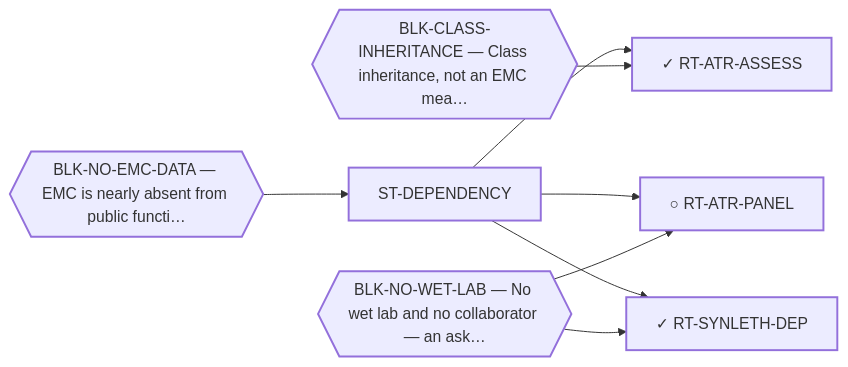
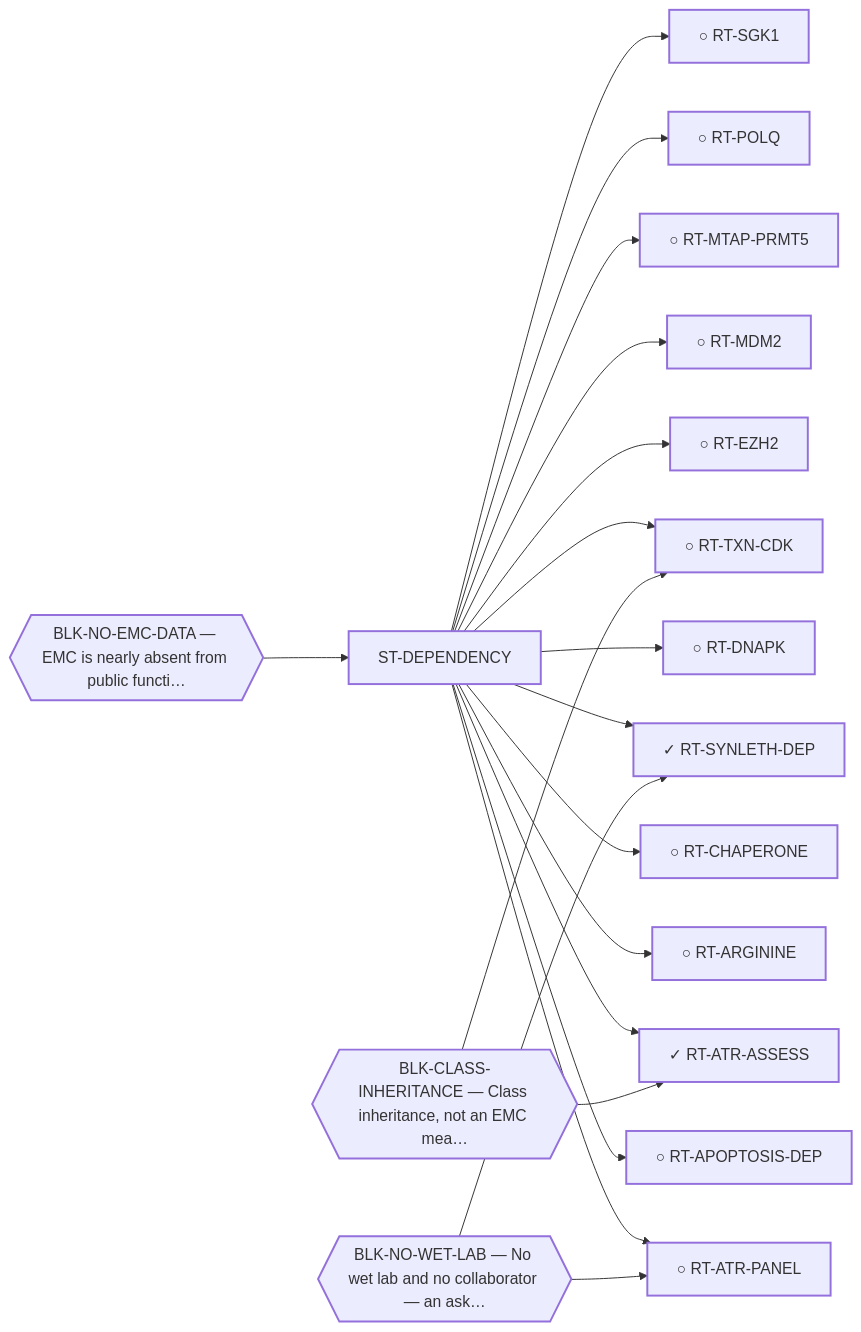
The diagram in systems/views/L1-st-dependency.md (trimcrae/Rare-cancers), drawn with Mermaid before and after one commit. The commit also changed other lines of this file and 43 other files, not shown here.

````diff
--- a/systems/views/L1-st-dependency.md
+++ b/systems/views/L1-st-dependency.md
@@ -35,22 +35,43 @@
 ```mermaid
 flowchart LR
   ST_DEPENDENCY["ST-DEPENDENCY"]:::fam
+  RT_APOPTOSIS_DEP["○ RT-APOPTOSIS-DEP"]:::fam
+  ST_DEPENDENCY --> RT_APOPTOSIS_DEP
+  RT_ARGININE["○ RT-ARGININE"]:::fam
+  ST_DEPENDENCY --> RT_ARGININE
   RT_ATR_ASSESS["✓ RT-ATR-ASSESS"]:::fam
   ST_DEPENDENCY --> RT_ATR_ASSESS
   RT_ATR_PANEL["○ RT-ATR-PANEL"]:::fam
   ST_DEPENDENCY --> RT_ATR_PANEL
+  RT_CHAPERONE["○ RT-CHAPERONE"]:::fam
+  ST_DEPENDENCY --> RT_CHAPERONE
+  RT_DNAPK["○ RT-DNAPK"]:::fam
+  ST_DEPENDENCY --> RT_DNAPK
+  RT_EZH2["○ RT-EZH2"]:::fam
+  ST_DEPENDENCY --> RT_EZH2
+  RT_MDM2["○ RT-MDM2"]:::fam
+  ST_DEPENDENCY --> RT_MDM2
+  RT_MTAP_PRMT5["○ RT-MTAP-PRMT5"]:::fam
+  ST_DEPENDENCY --> RT_MTAP_PRMT5
+  RT_POLQ["○ RT-POLQ"]:::fam
+  ST_DEPENDENCY --> RT_POLQ
+  RT_SGK1["○ RT-SGK1"]:::fam
+  ST_DEPENDENCY --> RT_SGK1
   RT_SYNLETH_DEP["✓ RT-SYNLETH-DEP"]:::fam
   ST_DEPENDENCY --> RT_SYNLETH_DEP
+  RT_TXN_CDK["○ RT-TXN-CDK"]:::fam
+  ST_DEPENDENCY --> RT_TXN_CDK
 
   BLK_NO_EMC_DATA{{"BLK-NO-EMC-DATA — EMC is nearly absent from public functi…"}}:::blk
   BLK_NO_EMC_DATA --> ST_DEPENDENCY
   BLK_CLASS_INHERITANCE{{"BLK-CLASS-INHERITANCE — Class inheritance, not an EMC mea…"}}:::blk
   BLK_CLASS_INHERITANCE --> RT_ATR_ASSESS
+  BLK_CLASS_INHERITANCE --> RT_TXN_CDK
   BLK_NO_WET_LAB{{"BLK-NO-WET-LAB — No wet lab and no collaborator — an ask…"}}:::blk
   BLK_NO_WET_LAB --> RT_ATR_PANEL
   BLK_NO_WET_LAB --> RT_SYNLETH_DEP
   classDef fam stroke-width:2px;
   classDef blk stroke-width:2px;
   classDef perm stroke-width:4px;
   classDef tech stroke-width:1px,stroke-dasharray:4 3;
 ```
````
